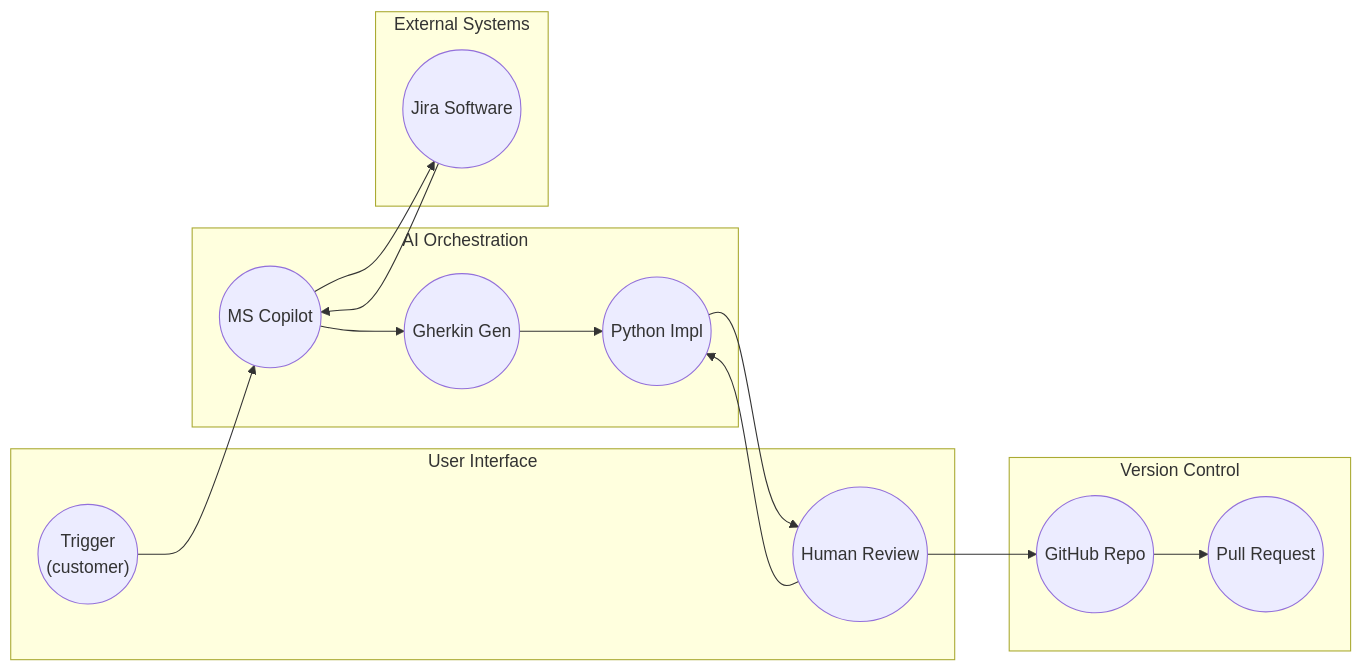
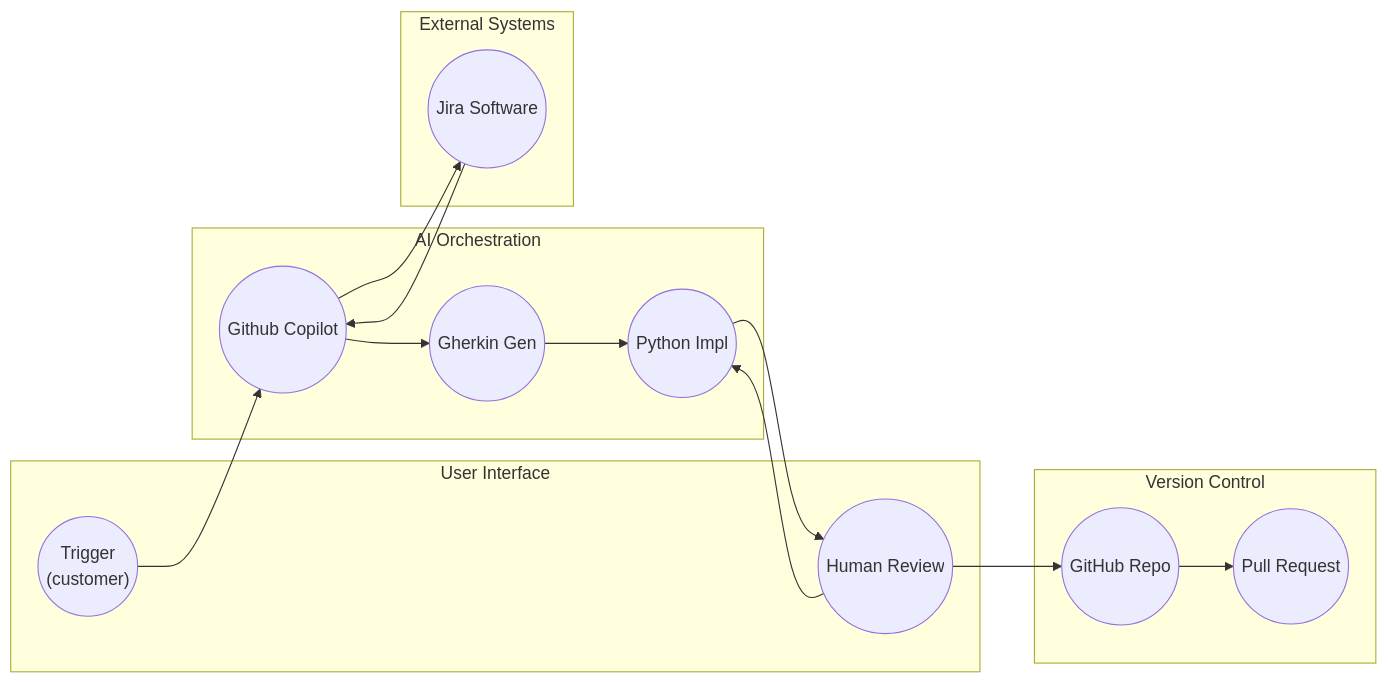
One commit to Mrinaldev-prod/QE-Engine changed the diagram in flowchart LR.mmd. Above: the diagram before and after it, drawn with Mermaid.

Commit message:
update the flow

```diff
--- a/flowchart LR.mmd
+++ b/flowchart LR.mmd
@@ -1,30 +1,30 @@
 flowchart LR
   subgraph user_layer["User Interface"]
     user_trigger(("Trigger\n(customer)"))
     human_review(("Human Review"))
   end
 
   subgraph ai_engine["AI Orchestration"]
-    copilot(("MS Copilot"))
+    copilot(("Github Copilot"))
     gherkin_gen(("Gherkin Gen"))
     python_impl(("Python Impl"))
   end
 
   subgraph external_tools["External Systems"]
     jira(("Jira Software"))
   end
 
   subgraph vcs_layer["Version Control"]
     github(("GitHub Repo"))
     pull_request(("Pull Request"))
   end
 
   user_trigger --> copilot
   copilot --> jira
   jira --> copilot
   copilot --> gherkin_gen
   gherkin_gen --> python_impl
   python_impl --> human_review
   human_review --> github
   github --> pull_request
   human_review --> python_impl
```
